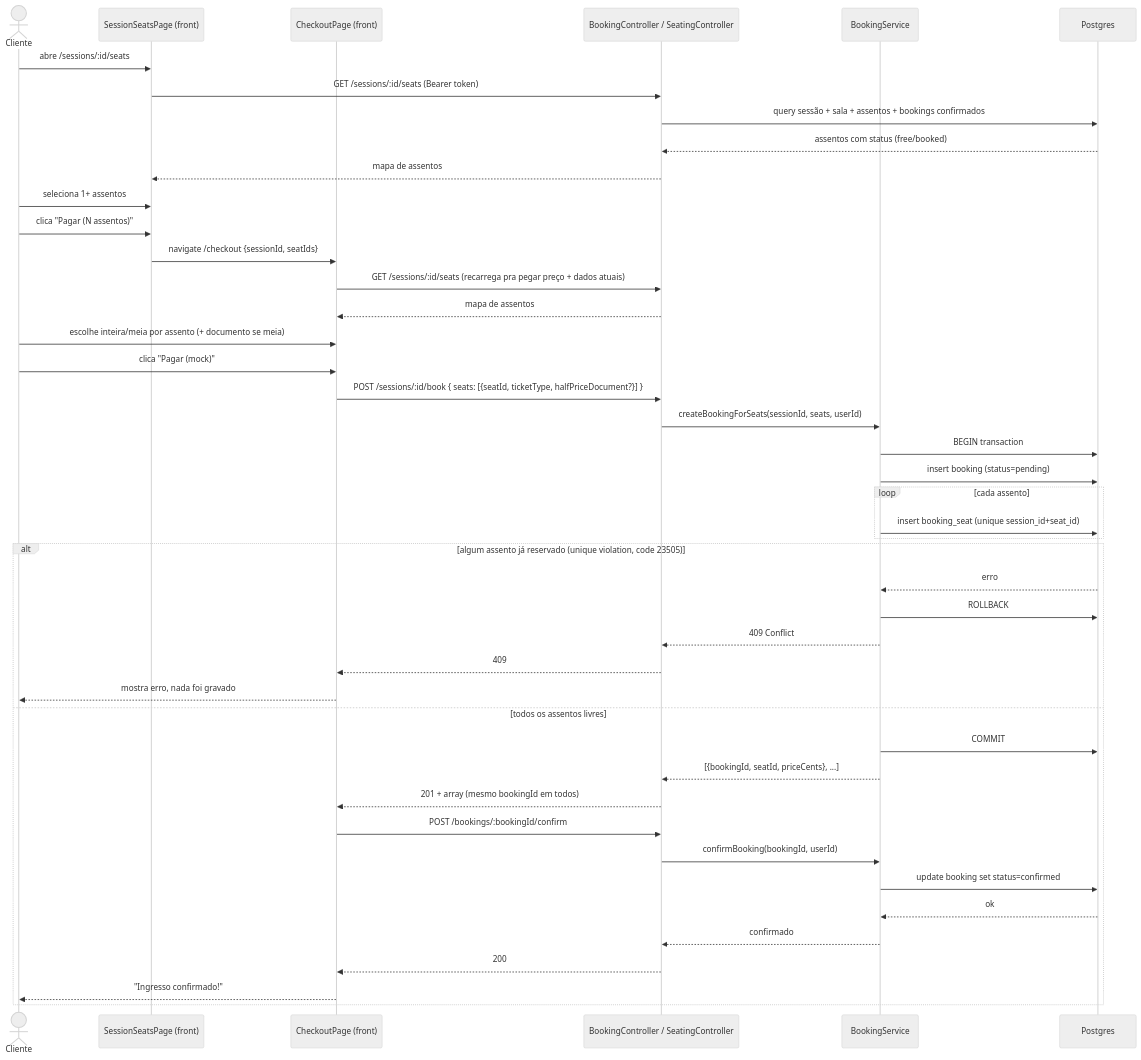
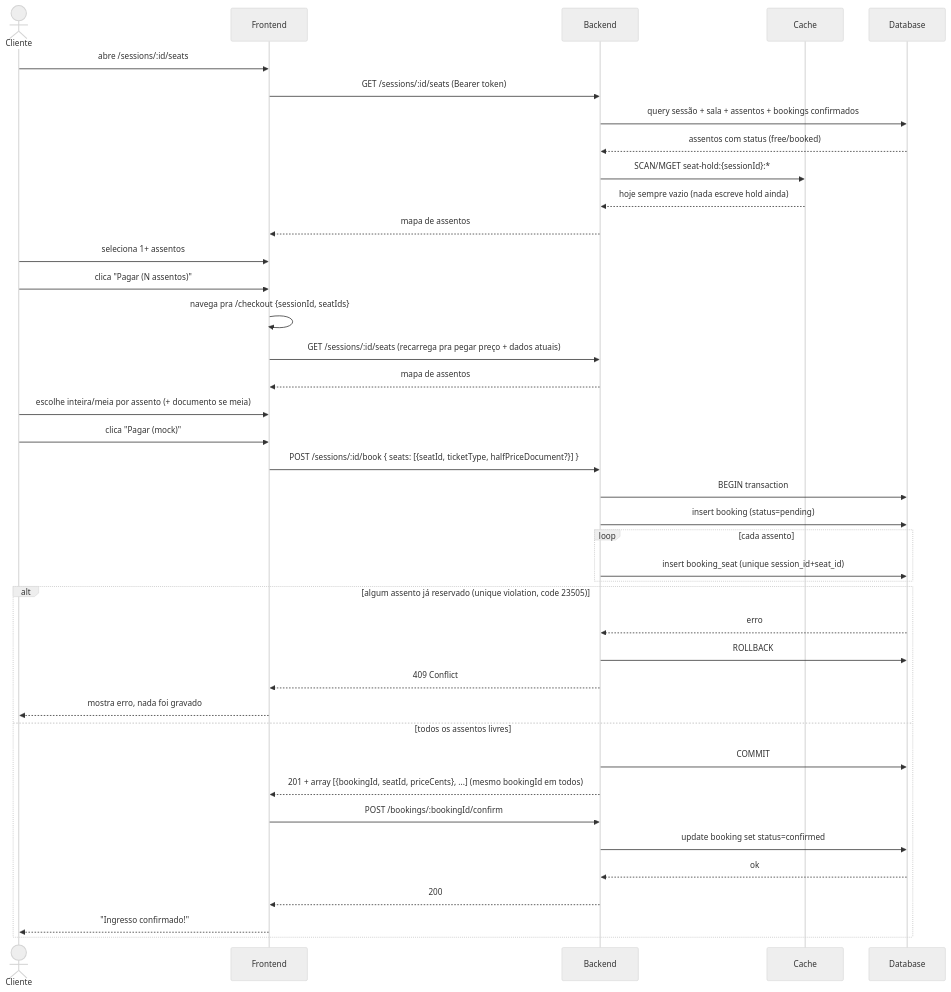
One commit to D4rkM/movietickets changed the diagram in docs/flows/booking/sequence.md. Above: the diagram before and after it, drawn with Mermaid (neutral theme). The commit also changed other lines of this file, not shown here.

Commit message:
docs: simplify sequence diagram to 5 generic participants
Cliente, Frontend, Backend, Cache, Database no lugar dos nomes de
componente específicos — mais fácil de ler, e inclui a leitura real
do Cache (SCAN/MGET) que já acontece no GET do seat map.

Claude-Session: https://claude.ai/code/session_01YS16PDkTNSYD2LzEh5hZu2

````diff
--- a/docs/flows/booking/sequence.md
+++ b/docs/flows/booking/sequence.md
@@ -7,50 +7,46 @@
 ```mermaid
 sequenceDiagram
-    actor User as Cliente
-    participant Seats as SessionSeatsPage (front)
-    participant Checkout as CheckoutPage (front)
-    participant API as BookingController / SeatingController
-    participant Svc as BookingService
-    participant DB as Postgres
+    actor Cliente
+    participant Frontend
+    participant Backend
+    participant Cache
+    participant Database
 
-    User->>Seats: abre /sessions/:id/seats
-    Seats->>API: GET /sessions/:id/seats (Bearer token)
-    API->>DB: query sessão + sala + assentos + bookings confirmados
-    DB-->>API: assentos com status (free/booked)
-    API-->>Seats: mapa de assentos
-    User->>Seats: seleciona 1+ assentos
-    User->>Seats: clica "Pagar (N assentos)"
-    Seats->>Checkout: navigate /checkout {sessionId, seatIds}
+    Cliente->>Frontend: abre /sessions/:id/seats
+    Frontend->>Backend: GET /sessions/:id/seats (Bearer token)
+    Backend->>Database: query sessão + sala + assentos + bookings confirmados
+    Database-->>Backend: assentos com status (free/booked)
+    Backend->>Cache: SCAN/MGET seat-hold:{sessionId}:*
+    Cache-->>Backend: hoje sempre vazio (nada escreve hold ainda)
+    Backend-->>Frontend: mapa de assentos
+    Cliente->>Frontend: seleciona 1+ assentos
+    Cliente->>Frontend: clica "Pagar (N assentos)"
+    Frontend->>Frontend: navega pra /checkout {sessionId, seatIds}
 
-    Checkout->>API: GET /sessions/:id/seats (recarrega pra pegar preço + dados atuais)
-    API-->>Checkout: mapa de assentos
-    User->>Checkout: escolhe inteira/meia por assento (+ documento se meia)
-    User->>Checkout: clica "Pagar (mock)"
+    Frontend->>Backend: GET /sessions/:id/seats (recarrega pra pegar preço + dados atuais)
+    Backend-->>Frontend: mapa de assentos
+    Cliente->>Frontend: escolhe inteira/meia por assento (+ documento se meia)
+    Cliente->>Frontend: clica "Pagar (mock)"
 
-    Checkout->>API: POST /sessions/:id/book { seats: [{seatId, ticketType, halfPriceDocument?}] }
-    API->>Svc: createBookingForSeats(sessionId, seats, userId)
-    Svc->>DB: BEGIN transaction
-    Svc->>DB: insert booking (status=pending)
+    Frontend->>Backend: POST /sessions/:id/book { seats: [{seatId, ticketType, halfPriceDocument?}] }
+    Backend->>Database: BEGIN transaction
+    Backend->>Database: insert booking (status=pending)
     loop cada assento
-        Svc->>DB: insert booking_seat (unique session_id+seat_id)
+        Backend->>Database: insert booking_seat (unique session_id+seat_id)
     end
     alt algum assento já reservado (unique violation, code 23505)
-        DB-->>Svc: erro
-        Svc->>DB: ROLLBACK
-        Svc-->>API: 409 Conflict
-        API-->>Checkout: 409
-        Checkout-->>User: mostra erro, nada foi gravado
+        Database-->>Backend: erro
+        Backend->>Database: ROLLBACK
+        Backend-->>Frontend: 409 Conflict
+        Frontend-->>Cliente: mostra erro, nada foi gravado
     else todos os assentos livres
-        Svc->>DB: COMMIT
-        Svc-->>API: [{bookingId, seatId, priceCents}, ...]
-        API-->>Checkout: 201 + array (mesmo bookingId em todos)
+        Backend->>Database: COMMIT
+        Backend-->>Frontend: 201 + array [{bookingId, seatId, priceCents}, ...] (mesmo bookingId em todos)
 
-        Checkout->>API: POST /bookings/:bookingId/confirm
-        API->>Svc: confirmBooking(bookingId, userId)
-        Svc->>DB: update booking set status=confirmed
-        DB-->>Svc: ok
-        Svc-->>API: confirmado
-        API-->>Checkout: 200
-        Checkout-->>User: "Ingresso confirmado!"
+        Frontend->>Backend: POST /bookings/:bookingId/confirm
+        Backend->>Database: update booking set status=confirmed
+        Database-->>Backend: ok
+        Backend-->>Frontend: 200
+        Frontend-->>Cliente: "Ingresso confirmado!"
     end
 ```
````
